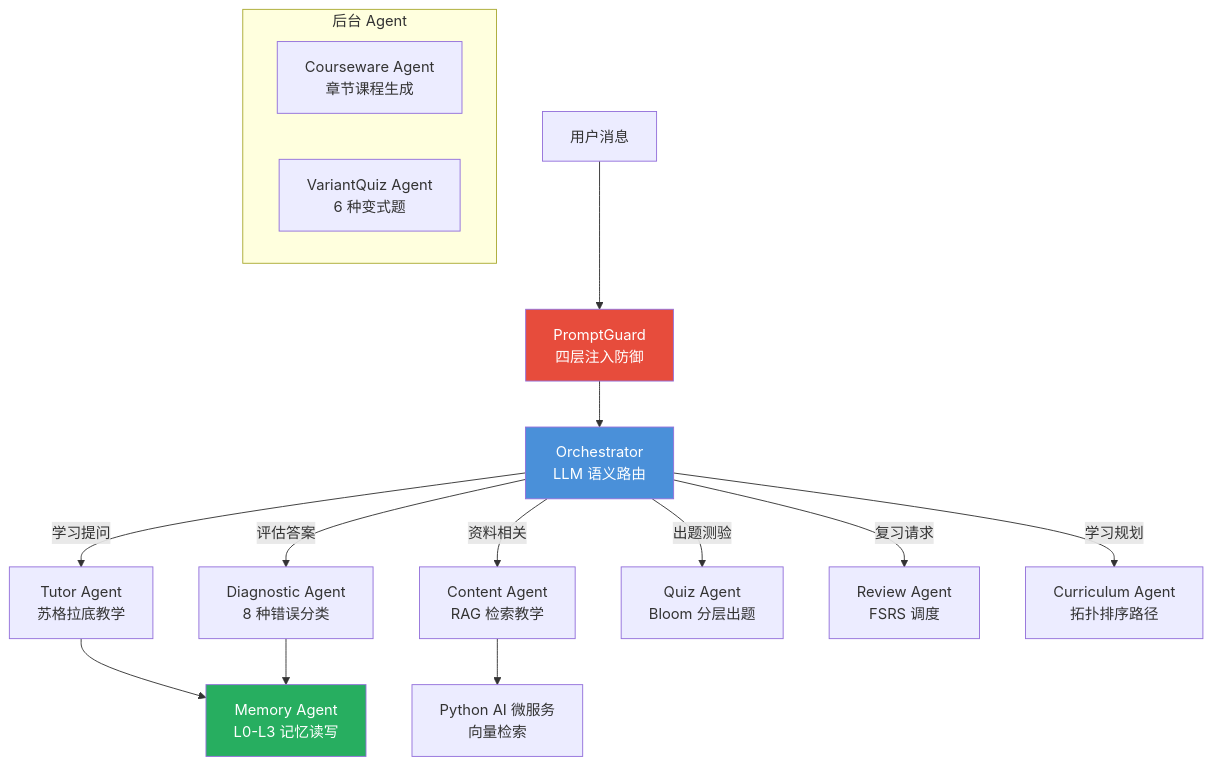
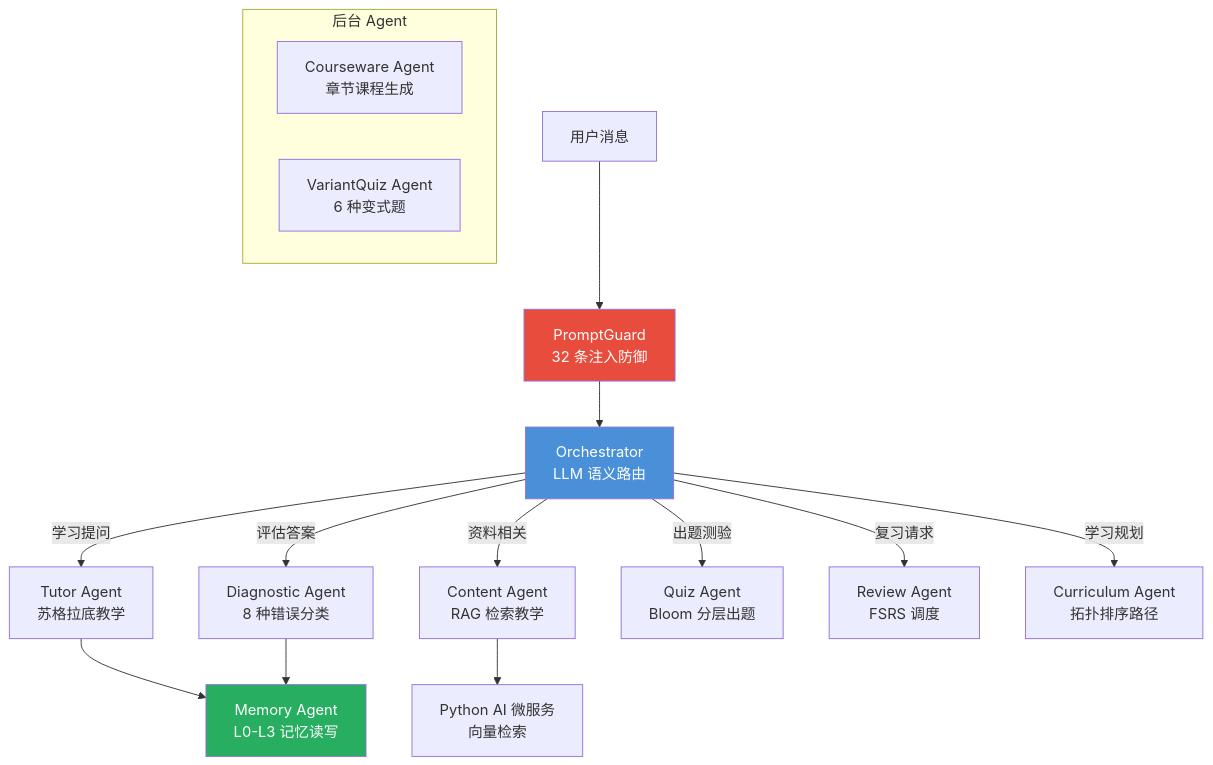
One commit to nothasson/MindFlow changed the third of 10 diagrams in README.md. Above: the diagram before and after it, drawn with Mermaid. The commit also changed other lines of this file, not shown here.

````diff
--- a/README.md
+++ b/README.md
@@ -138,25 +185,25 @@
 ```mermaid
 graph TB
-    User[用户消息] --> Guard[PromptGuard<br/>四层注入防御]
+    User[用户消息] --> Guard[PromptGuard<br/>32 条注入防御]
     Guard --> Orch[Orchestrator<br/>LLM 语义路由]
 
     Orch -->|学习提问| Tutor[Tutor Agent<br/>苏格拉底教学]
     Orch -->|评估答案| Diag[Diagnostic Agent<br/>8 种错误分类]
     Orch -->|资料相关| Content[Content Agent<br/>RAG 检索教学]
     Orch -->|出题测验| Quiz[Quiz Agent<br/>Bloom 分层出题]
     Orch -->|复习请求| Review[Review Agent<br/>FSRS 调度]
     Orch -->|学习规划| Curriculum[Curriculum Agent<br/>拓扑排序路径]
 
     Tutor --> Memory[Memory Agent<br/>L0-L3 记忆读写]
     Diag --> Memory
     Content --> AIService[Python AI 微服务<br/>向量检索]
 
     subgraph 后台 Agent
         Courseware[Courseware Agent<br/>章节课程生成]
         VariantQuiz[VariantQuiz Agent<br/>6 种变式题]
     end
 
     style Orch fill:#4A90D9,color:#fff
     style Guard fill:#E74C3C,color:#fff
     style Memory fill:#27AE60,color:#fff
 ```
````
